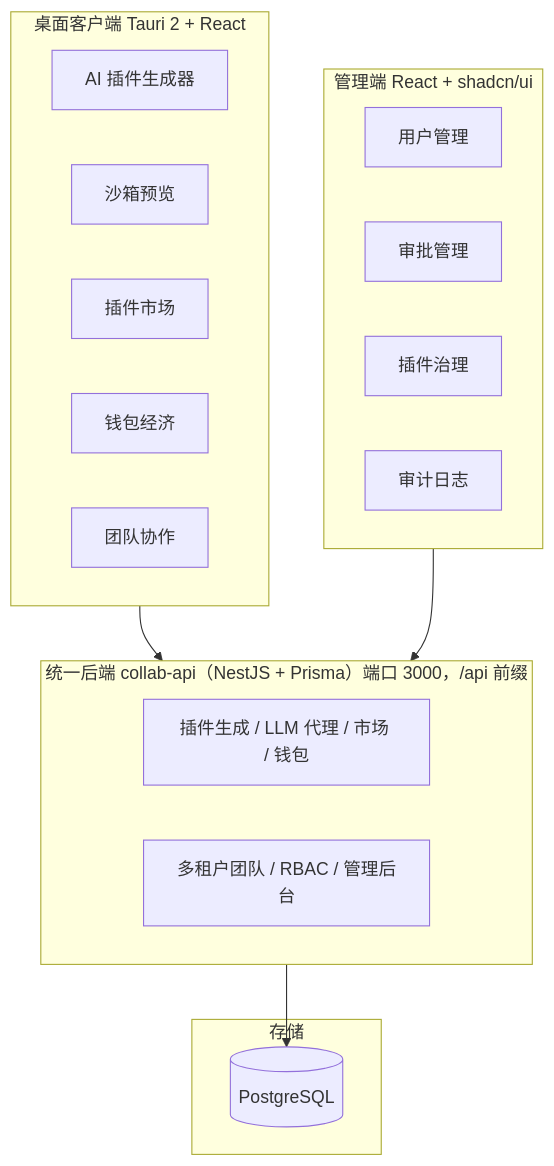
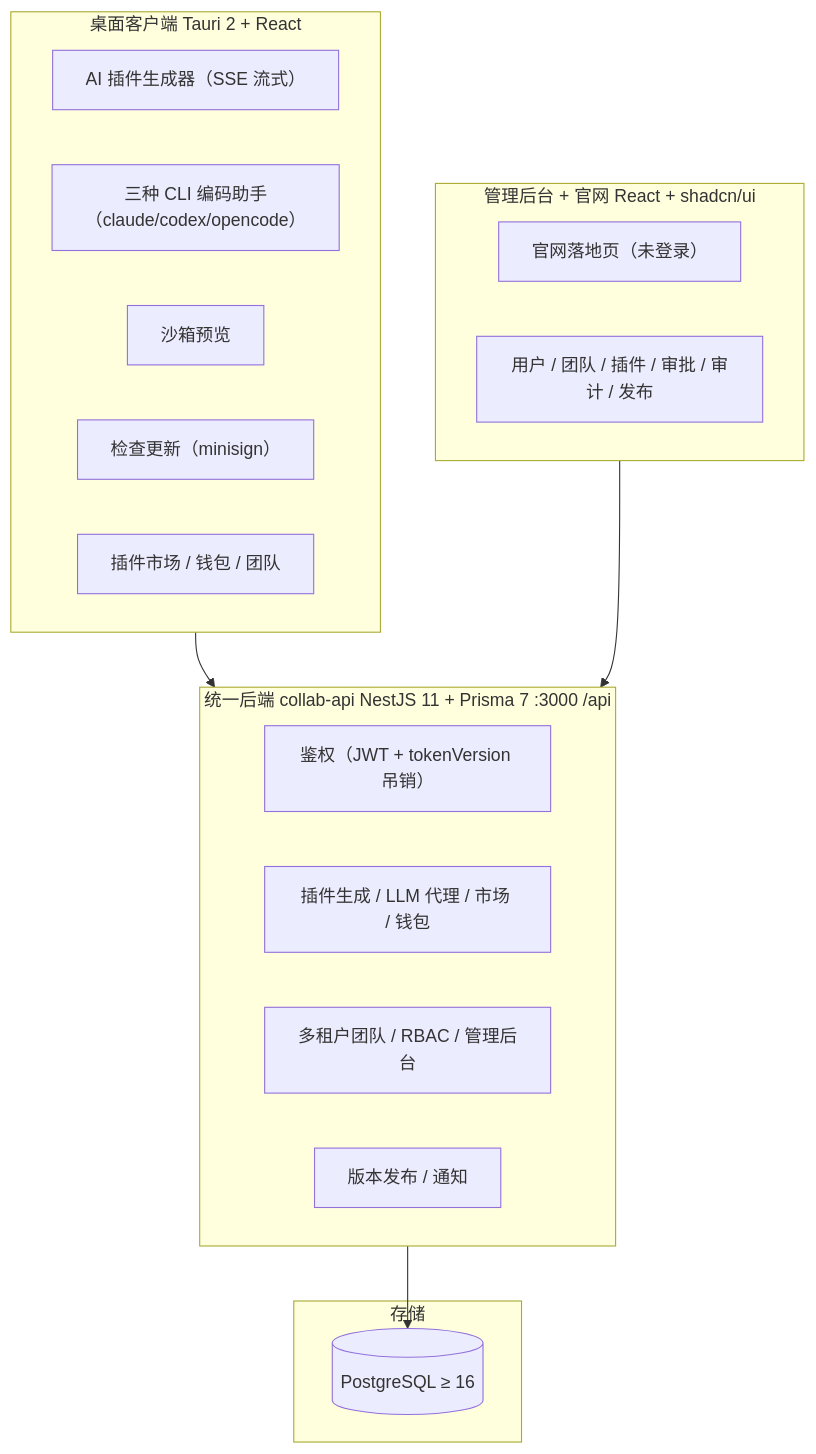
Before and after one commit to qiuuchan/lingfang-pan: the diagram in README.md, drawn with Mermaid. The commit also changed other lines of this file and 39 other files, not shown here.

````diff
--- a/README.md
+++ b/README.md
@@ -6,30 +112,30 @@
 ```mermaid
 graph TB
     subgraph Desktop["桌面客户端 Tauri 2 + React"]
-        Gen["AI 插件生成器"]
+        Gen["AI 插件生成器（SSE 流式）"]
+        Cli["三种 CLI 编码助手（claude/codex/opencode）"]
         Sandbox["沙箱预览"]
-        Market["插件市场"]
-        Wallet["钱包经济"]
-        Teams["团队协作"]
+        Updater["检查更新（minisign）"]
+        Market["插件市场 / 钱包 / 团队"]
     end
 
-    subgraph Admin["管理端 React + shadcn/ui"]
-        Users["用户管理"]
-        Approvals["审批管理"]
-        Plugins["插件治理"]
-        Audit["审计日志"]
+    subgraph Admin["管理后台 + 官网 React + shadcn/ui"]
+        Landing["官网落地页（未登录）"]
+        Back["用户 / 团队 / 插件 / 审批 / 审计 / 发布"]
     end
 
-    subgraph API["统一后端 collab-api（NestJS + Prisma）端口 3000，/api 前缀"]
-        PluginsApi["插件生成 / LLM 代理 / 市场 / 钱包"]
-        TenantApi["多租户团队 / RBAC / 管理后台"]
+    subgraph API["统一后端 collab-api NestJS 11 + Prisma 7 :3000 /api"]
+        Auth["鉴权（JWT + tokenVersion 吊销）"]
+        Plugins["插件生成 / LLM 代理 / 市场 / 钱包"]
+        Tenant["多租户团队 / RBAC / 管理后台"]
+        Release["版本发布 / 通知"]
     end
 
     subgraph Store["存储"]
-        PG[("PostgreSQL")]
+        PG[("PostgreSQL ≥ 16")]
     end
 
     Desktop --> API
     Admin --> API
     API --> PG
 ```
````
